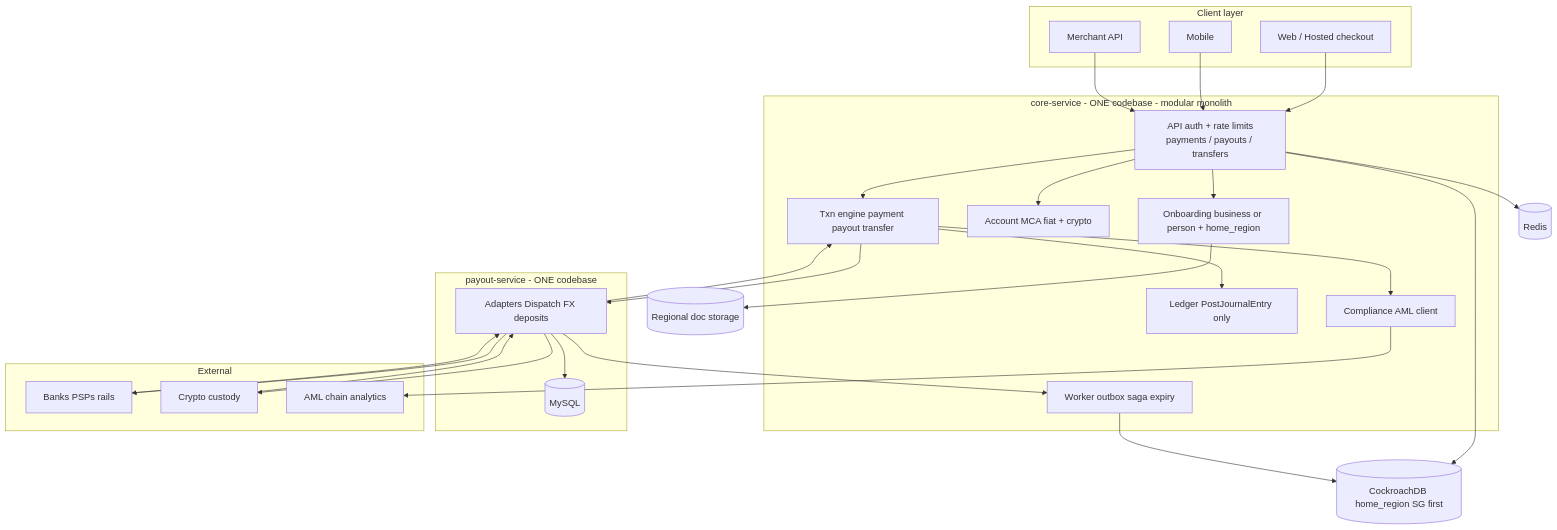
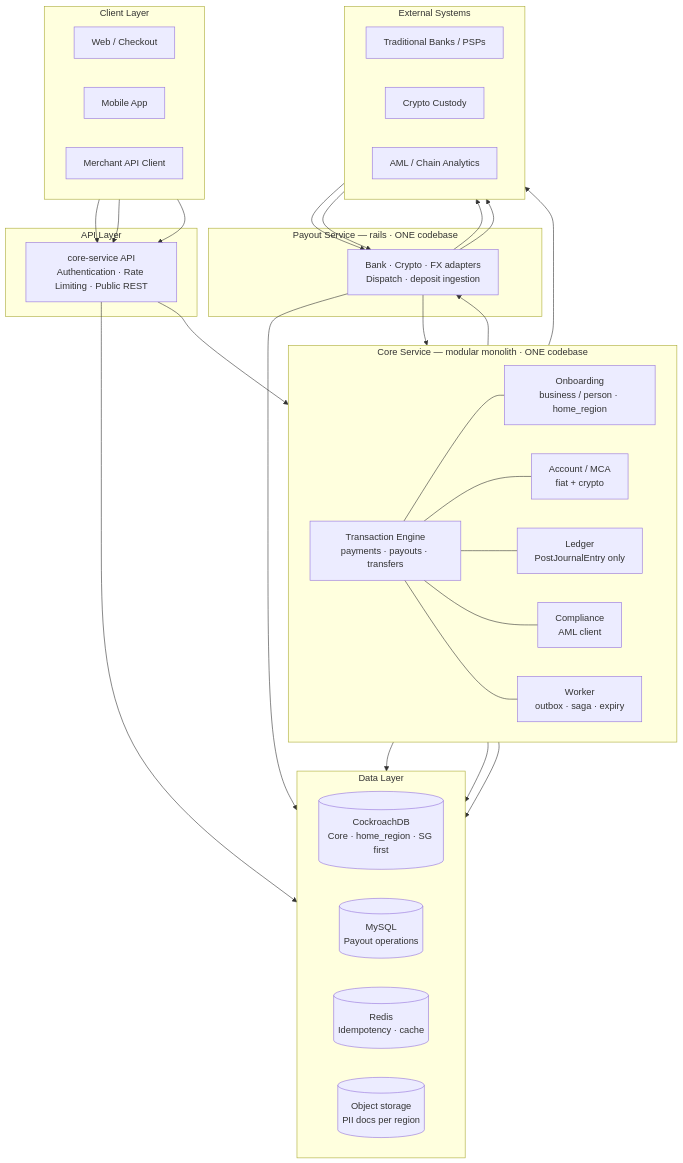
The diagram in README.md (Aibier/Aibier), drawn with Mermaid before and after one commit. The commit also changed other lines of this file, not shown here.

Commit message:
docs: restyle architecture diagram as vertical layers
Match the previous profile Payment Architecture layout: Client →
API → Core → Payout → External + Data, instead of a wide sprawl.

````diff
--- a/README.md
+++ b/README.md
@@ -115,55 +117,65 @@
 ```mermaid
 flowchart TB
-  subgraph Clients["Client layer"]
-    WEB["Web / Hosted checkout"]
-    MOB["Mobile"]
-    MER["Merchant API"]
+  subgraph CL["Client Layer"]
+    direction LR
+    WEB["Web / Checkout"]
+    MOB["Mobile App"]
+    API_C["Merchant API Client"]
   end
 
-  subgraph Core["core-service - ONE codebase - modular monolith"]
-    API["API auth + rate limits<br/>payments / payouts / transfers"]
-    WRK["Worker outbox saga expiry"]
-    ONB["Onboarding business or person + home_region"]
-    ACC["Account MCA fiat + crypto"]
-    TXN["Txn engine payment payout transfer"]
-    LED["Ledger PostJournalEntry only"]
-    CMP["Compliance AML client"]
+  subgraph AL["API Layer"]
+    GW["core-service API<br/>Authentication · Rate Limiting · Public REST"]
   end
 
-  CRDB[("CockroachDB home_region SG first")]
-  RD[("Redis")]
-  DOCS[("Regional doc storage")]
-
-  subgraph Payout["payout-service - ONE codebase"]
-    PS["Adapters Dispatch FX deposits"]
-    MY[("MySQL")]
+  subgraph CS["Core Service — modular monolith · ONE codebase"]
+    direction TB
+    CORE["Transaction Engine<br/>payments · payouts · transfers"]
+    direction LR
+    ONB["Onboarding<br/>business / person · home_region"]
+    ACC["Account / MCA<br/>fiat + crypto"]
+    LED["Ledger<br/>PostJournalEntry only"]
+    CMP["Compliance<br/>AML client"]
+    WRK["Worker<br/>outbox · saga · expiry"]
+    CORE --- ONB
+    CORE --- ACC
+    CORE --- LED
+    CORE --- CMP
+    CORE --- WRK
   end
 
-  subgraph Ext["External"]
-    BANK["Banks PSPs rails"]
-    CUST["Crypto custody"]
-    AMLV["AML chain analytics"]
+  subgraph PS["Payout Service — rails · ONE codebase"]
+    PAY["Bank · Crypto · FX adapters<br/>Dispatch · deposit ingestion"]
   end
 
-  WEB --> API
-  MOB --> API
-  MER --> API
-  API --> ONB
-  API --> ACC
-  API --> TXN
-  TXN --> LED
-  TXN --> CMP
-  API --> CRDB
-  API --> RD
+  subgraph EXT["External Systems"]
+    direction LR
+    BANK["Traditional Banks / PSPs"]
+    CRY["Crypto Custody"]
+    AMLV["AML / Chain Analytics"]
+  end
+
+  subgraph DL["Data Layer"]
+    direction LR
+    CRDB[("CockroachDB<br/>Core · home_region · SG first")]
+    MY[("MySQL<br/>Payout operations")]
+    RD[("Redis<br/>Idempotency · cache")]
+    DOCS[("Object storage<br/>PII docs per region")]
+  end
+
+  WEB --> GW
+  MOB --> GW
+  API_C --> GW
+  GW --> CORE
+  CORE --> PAY
+  PAY --> CORE
+  CMP --> AMLV
+  PAY --> BANK
+  PAY --> CRY
+  CRY --> PAY
+  BANK --> PAY
+  CORE --> CRDB
   WRK --> CRDB
+  PAY --> MY
+  GW --> RD
   ONB --> DOCS
-  TXN --> PS
-  PS --> TXN
-  PS --> MY
-  PS --> BANK
-  PS --> CUST
-  CMP --> AMLV
-  CUST --> PS
-  BANK --> PS
-  PS --> WRK
 ```
````
